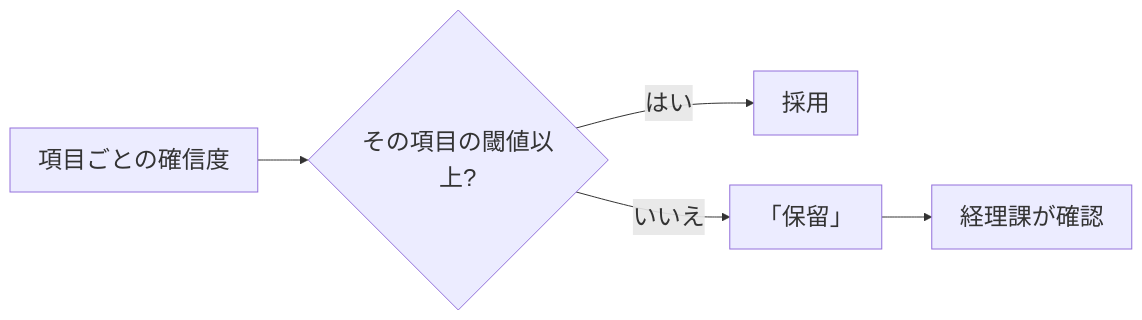
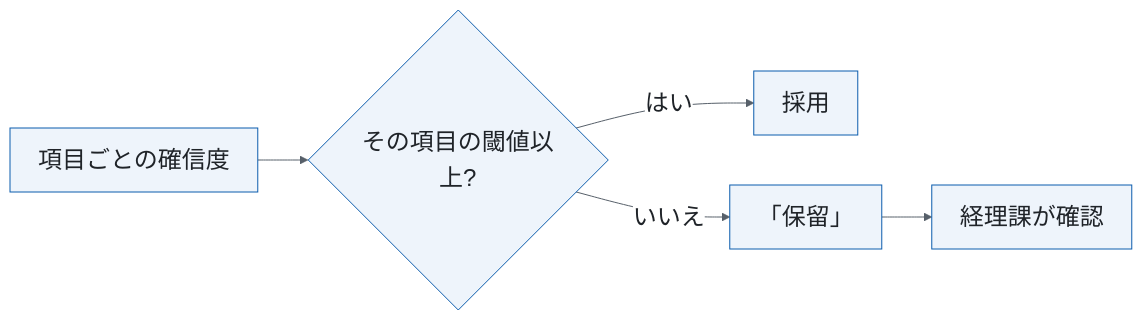
The diagram in decks/2026-10-01-invoice-ocr-confirm/index.qmd (spin-glass/tool-slides), drawn with Mermaid before and after one commit. The commit also changed 8 other files, not shown here.

First line of the commit message:
図の見た目をデッキにそろえる: Mermaid を PNG で描き、色と文字の1行（check_doc.py --mermaid-init）を図の先頭に置く

````diff
--- a/decks/2026-10-01-invoice-ocr-confirm/index.qmd
+++ b/decks/2026-10-01-invoice-ocr-confirm/index.qmd
@@ -272,9 +272,9 @@
 ```{mermaid}
 %%| fig-width: 11
-%%{init: {"themeVariables": {"fontSize": "24px"}, "flowchart": {"padding": 14}}}%%
+%%{init: {"theme": "base", "themeVariables": {"fontSize": "24px", "fontFamily": "Hiragino Sans, Noto Sans JP, sans-serif", "primaryColor": "#eef4fb", "primaryBorderColor": "#0b5cad", "primaryTextColor": "#1f2328", "lineColor": "#57606a", "edgeLabelBackground": "#ffffff", "taskBkgColor": "#eef4fb", "taskBorderColor": "#0b5cad", "taskTextColor": "#1f2328", "critBkgColor": "#b35900", "critBorderColor": "#b35900", "gridColor": "#d0d7de", "sectionBkgColor": "#ffffff"}, "flowchart": {"padding": 14}}}%%
 flowchart LR
   A[項目ごとの確信度] --> B{その項目の閾値以上?}
   B -->|はい| C[採用]
   B -->|いいえ| D[「保留」]
   D --> E[経理課が確認]
 ```
````
